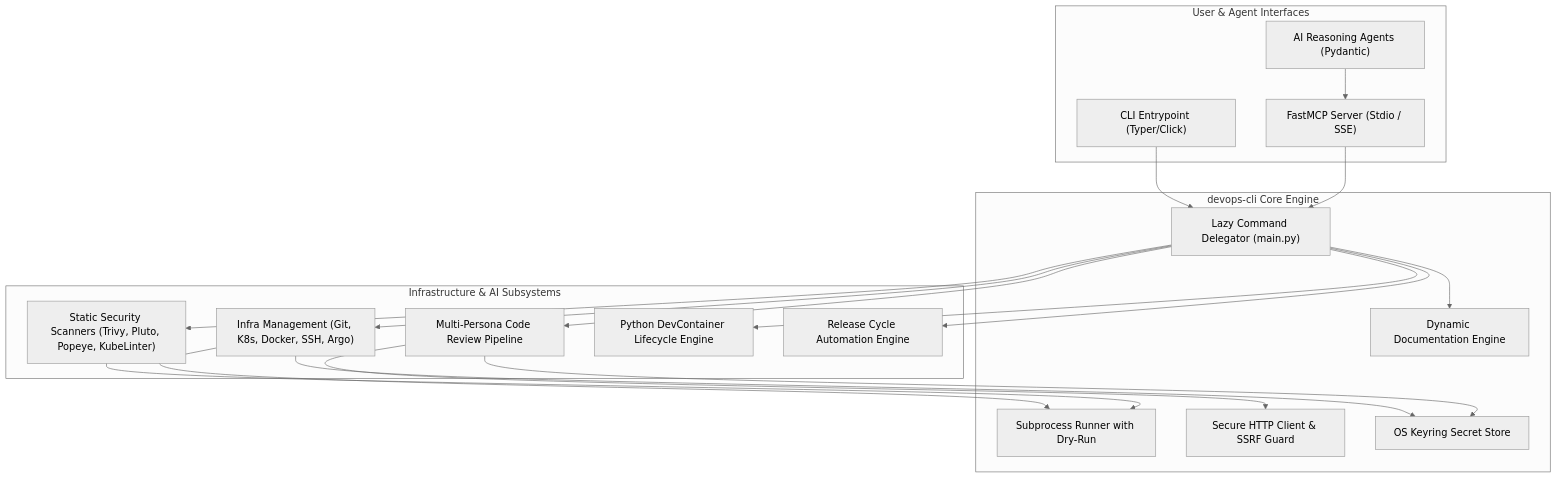
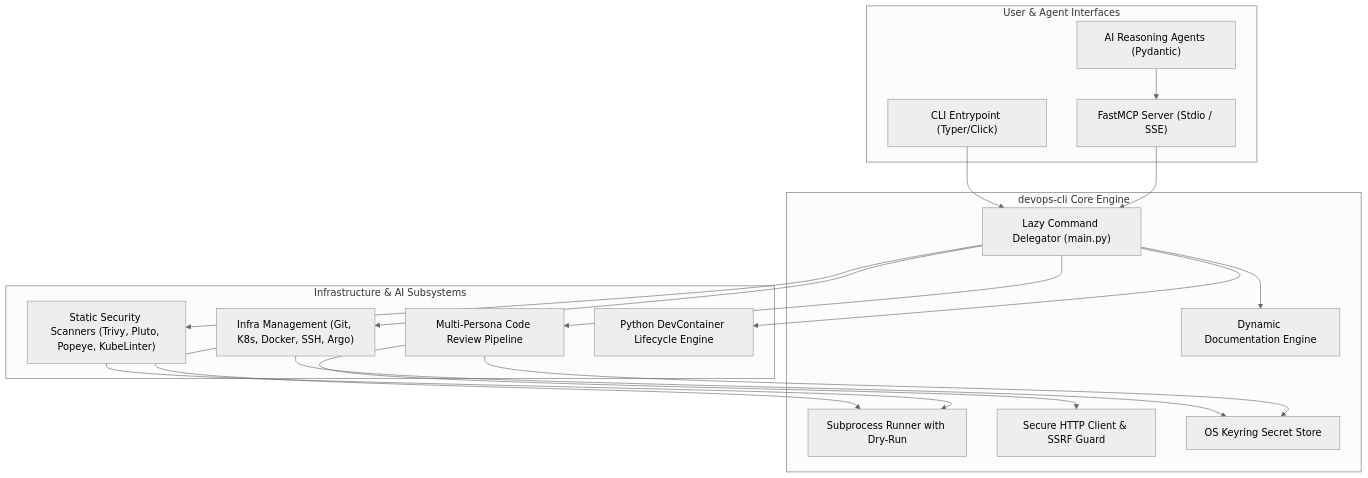
Before and after one commit to dan-petty/devops-cli: the first of 4 diagrams in ARCHITECTURE.md, drawn with Mermaid (neutral theme). The commit also changed other lines of this file and 236 other files, not shown here.

First line of the commit message:
feat(release): release-please makes every release from main

````diff
--- a/ARCHITECTURE.md
+++ b/ARCHITECTURE.md
@@ -11,41 +11,39 @@
 ```mermaid
 flowchart TD
     subgraph UserInterface["User & Agent Interfaces"]
         CLI["CLI Entrypoint (Typer/Click)"]
         MCP["FastMCP Server (Stdio / SSE)"]
         AI_AGENT["AI Reasoning Agents (Pydantic)"]
     end
 
     subgraph CoreEngine["devops-cli Core Engine"]
         MAIN["Lazy Command Delegator (main.py)"]
         PROCESS["Subprocess Runner with Dry-Run"]
         HTTP_SEC["Secure HTTP Client & SSRF Guard"]
         KEYRING["OS Keyring Secret Store"]
         DOCS_GEN["Dynamic Documentation Engine"]
     end
 
     subgraph Subsystems["Infrastructure & AI Subsystems"]
         SUB_INFRA["Infra Management (Git, K8s, Docker, SSH, Argo)"]
         SUB_SECOPS["Static Security Scanners (Trivy, Pluto, Popeye, KubeLinter)"]
         SUB_AI_REV["Multi-Persona Code Review Pipeline"]
         SUB_DEVCONTAINER["Python DevContainer Lifecycle Engine"]
-        SUB_RELEASE["Release Cycle Automation Engine"]
     end
 
     CLI --> MAIN
     MCP --> MAIN
     AI_AGENT --> MCP
 
     MAIN --> SUB_INFRA
     MAIN --> SUB_SECOPS
     MAIN --> SUB_AI_REV
     MAIN --> SUB_DEVCONTAINER
-    MAIN --> SUB_RELEASE
 
     SUB_AI_REV --> HTTP_SEC
     SUB_INFRA --> PROCESS
     SUB_SECOPS --> PROCESS
     SUB_INFRA --> KEYRING
     SUB_AI_REV --> KEYRING
     MAIN --> DOCS_GEN
 ```
````
